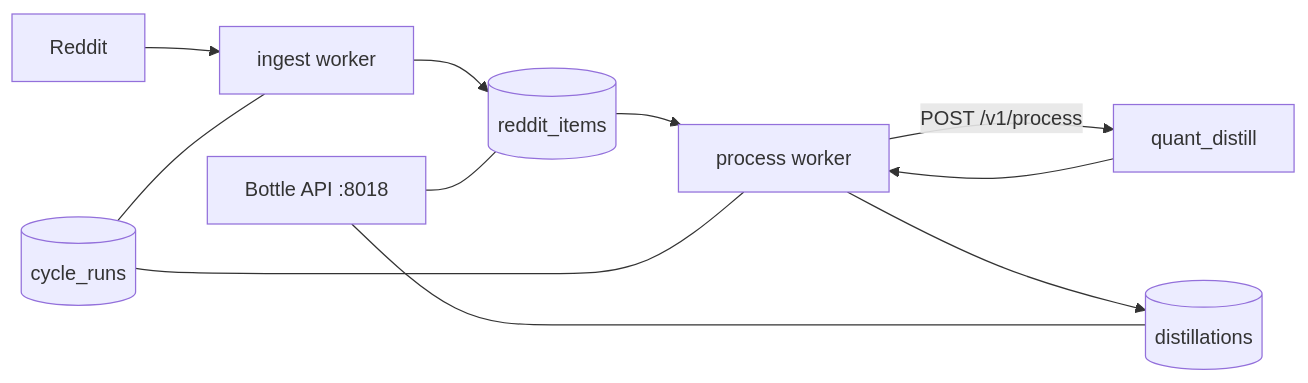
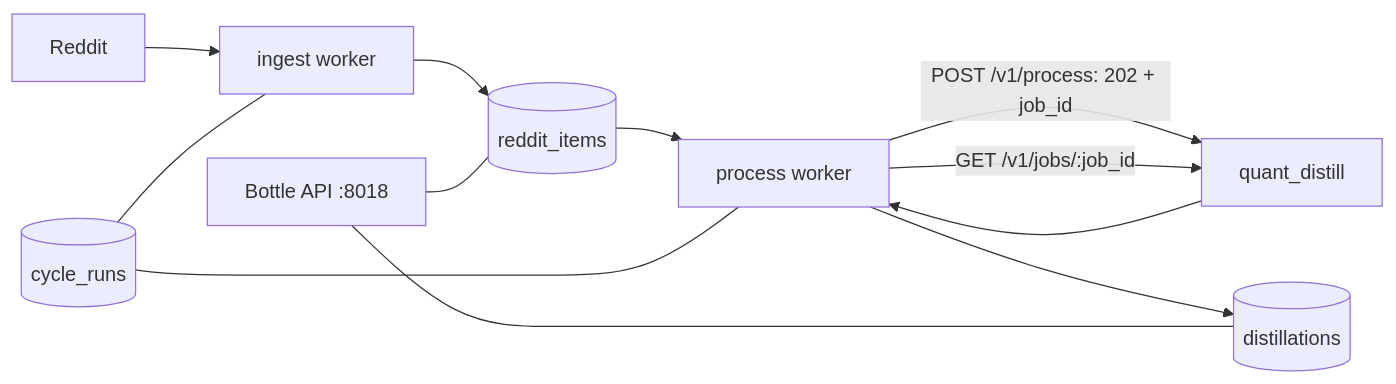
Before and after one commit to mayberryjp/quant_reddit: the diagram in docs/architecture.md, drawn with Mermaid. The commit also changed other lines of this file and 11 other files, not shown here.

````diff
--- a/docs/architecture.md
+++ b/docs/architecture.md
@@ -6,13 +6,14 @@
 ```mermaid
 flowchart LR
   REDDIT[Reddit] --> INGEST[ingest worker]
   INGEST --> ITEMS[(reddit_items)]
   ITEMS --> PROCESS[process worker]
-  PROCESS -->|POST /v1/process| DISTILL[quant_distill]
+  PROCESS -->|POST /v1/process: 202 + job_id| DISTILL[quant_distill]
+  PROCESS -->|GET /v1/jobs/:job_id| DISTILL
   DISTILL --> PROCESS
   PROCESS --> RESULTS[(distillations)]
   API[Bottle API :8018] --- ITEMS
   API --- RESULTS
   RUNS[(cycle_runs)] --- INGEST
   RUNS --- PROCESS
 ```
````
